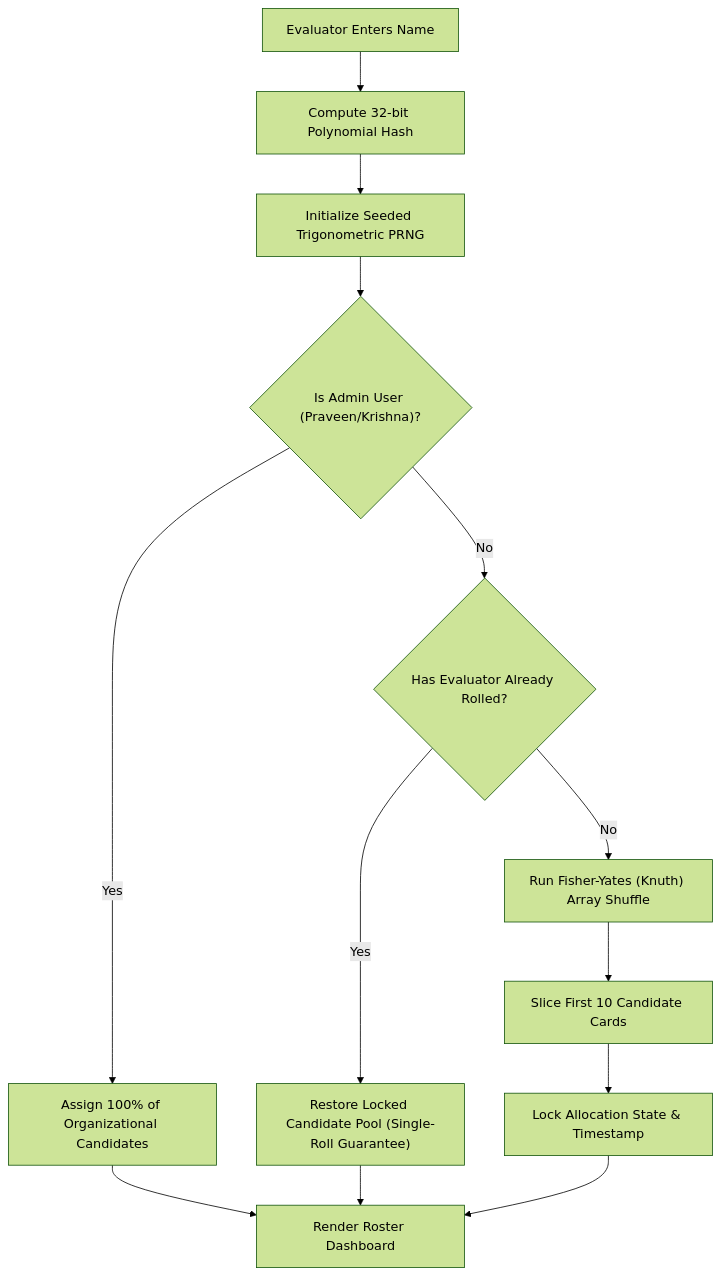
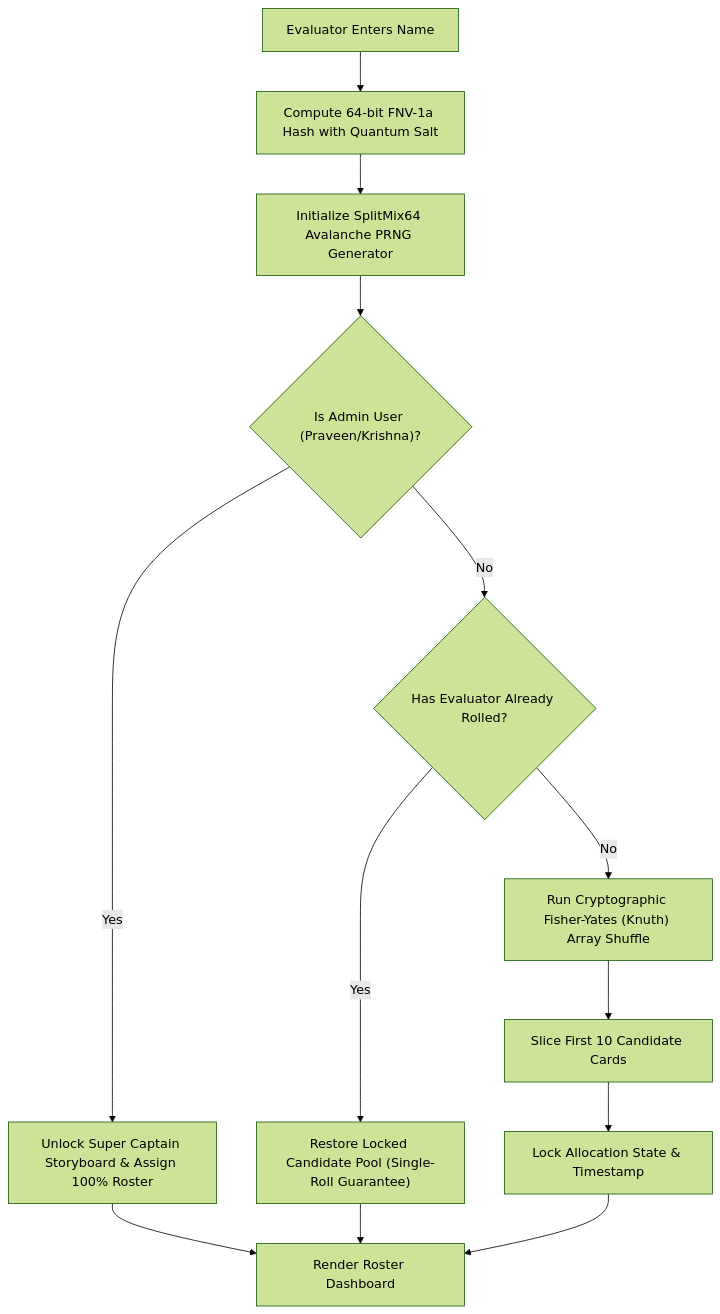
One commit to akshaykumar33/Wysbryx-Ledger changed the third of 4 diagrams in README.md. Above: the diagram before and after it, drawn with Mermaid (forest theme). The commit also changed other lines of this file and 1 other file, not shown here.

Commit message:
feat(algo): upgrade candidate allocation engine to cryptographically strong SplitMix64 + FNV-1a 64-bit PRNG and update README documentation

````diff
--- a/README.md
+++ b/README.md
@@ -107,19 +110,19 @@
 ```mermaid
 flowchart TD
-    Start["Evaluator Enters Name"] --> Hash["Compute 32-bit Polynomial Hash"]
-    Hash --> PRNG["Initialize Seeded Trigonometric PRNG"]
+    Start["Evaluator Enters Name"] --> Hash["Compute 64-bit FNV-1a Hash with Quantum Salt"]
+    Hash --> PRNG["Initialize SplitMix64 Avalanche PRNG Generator"]
     PRNG --> CheckAdmin{"Is Admin User (Praveen/Krishna)?"}
     
-    CheckAdmin -->|Yes| AdminPool["Assign 100% of Organizational Candidates"]
+    CheckAdmin -->|Yes| AdminPool["Unlock Super Captain Storyboard & Assign 100% Roster"]
     CheckAdmin -->|No| CheckAlloc{"Has Evaluator Already Rolled?"}
     
     CheckAlloc -->|Yes| LockPool["Restore Locked Candidate Pool (Single-Roll Guarantee)"]
-    CheckAlloc -->|No| Shuffle["Run Fisher-Yates (Knuth) Array Shuffle"]
+    CheckAlloc -->|No| Shuffle["Run Cryptographic Fisher-Yates (Knuth) Array Shuffle"]
     
     Shuffle --> Slice["Slice First 10 Candidate Cards"]
     Slice --> SaveState["Lock Allocation State & Timestamp"]
     
     AdminPool --> Render["Render Roster Dashboard"]
     LockPool --> Render
     SaveState --> Render
 ```
````
